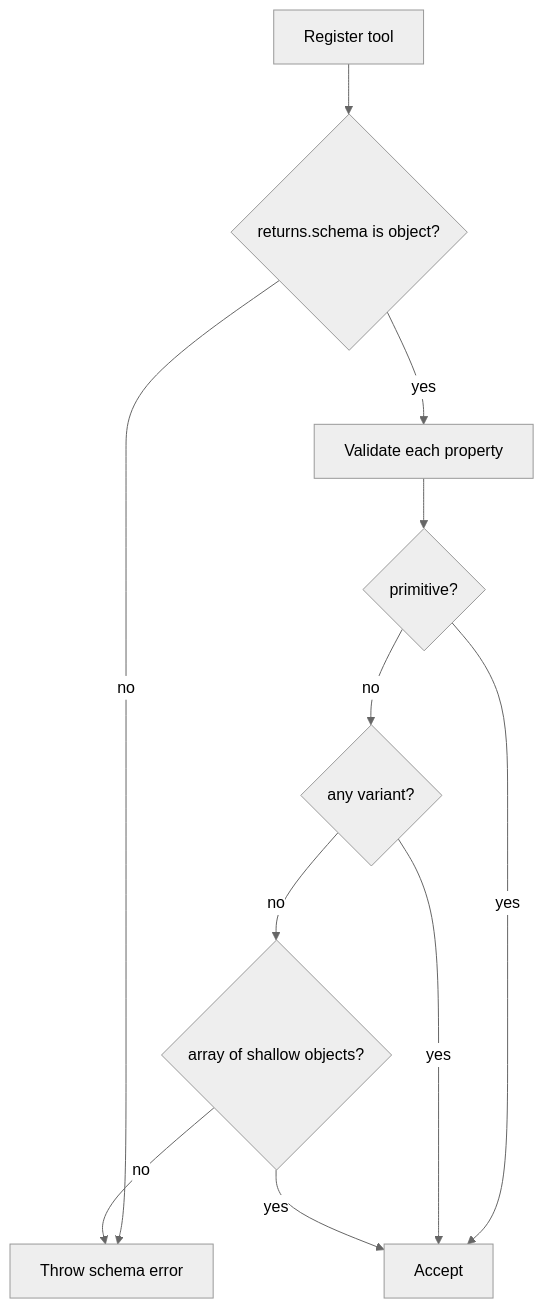
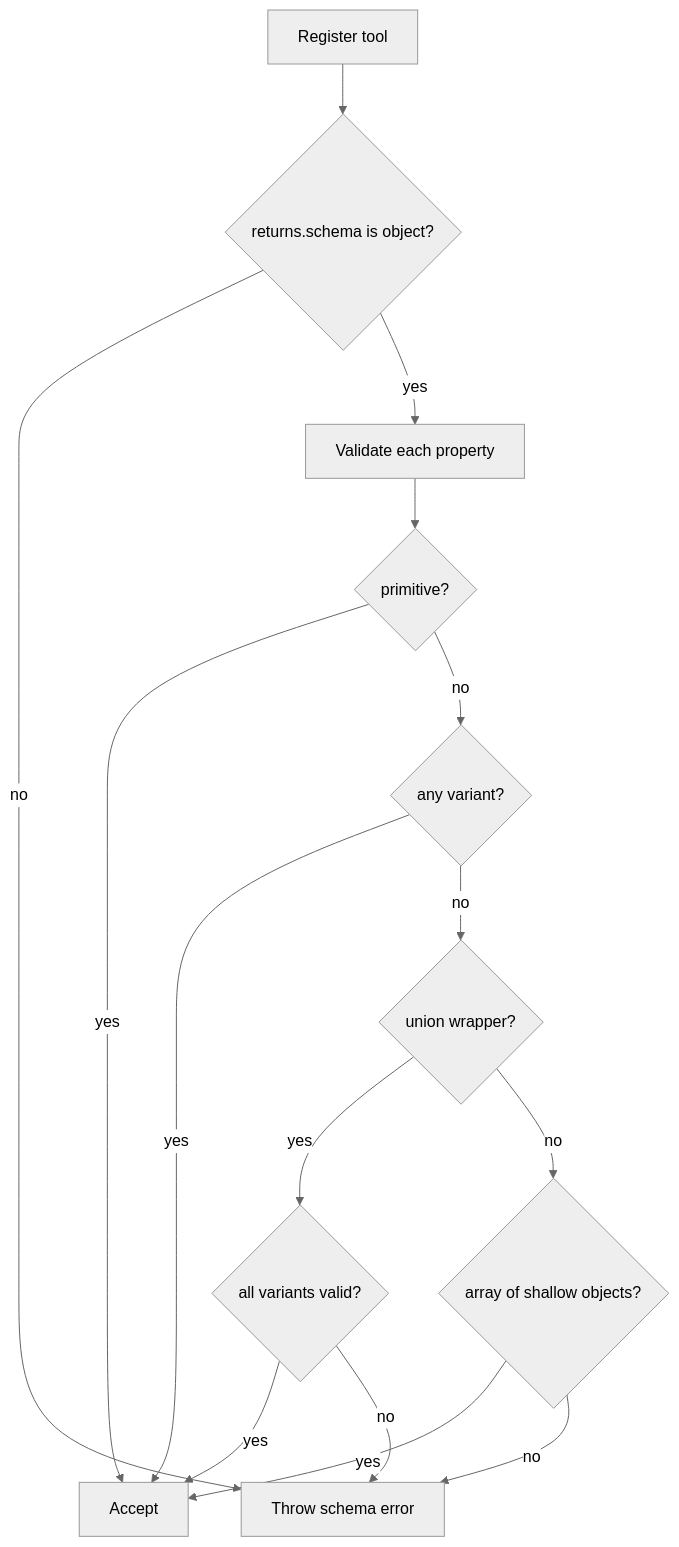
The diagram in doc/internals/tool-return-contracts-any-variant.md (ex3ndr/daycare), drawn with Mermaid (neutral theme) before and after one commit. The commit also changed other lines of this file and 2 other files, not shown here.

Commit message:
fix(tools): allow shallow union return schemas

````diff
--- a/doc/internals/tool-return-contracts-any-variant.md
+++ b/doc/internals/tool-return-contracts-any-variant.md
@@ -18,13 +19,17 @@
 ```mermaid
 flowchart TD
     A[Register tool] --> B{returns.schema is object?}
     B -- no --> X[Throw schema error]
     B -- yes --> C[Validate each property]
     C --> D{primitive?}
     D -- yes --> OK[Accept]
     D -- no --> E{any variant?}
     E -- yes --> OK
-    E -- no --> F{array of shallow objects?}
+    E -- no --> U{union wrapper?}
+    U -- yes --> V{all variants valid?}
+    V -- yes --> OK
+    V -- no --> X
+    U -- no --> F{array of shallow objects?}
     F -- yes --> OK
     F -- no --> X
 ```
````
